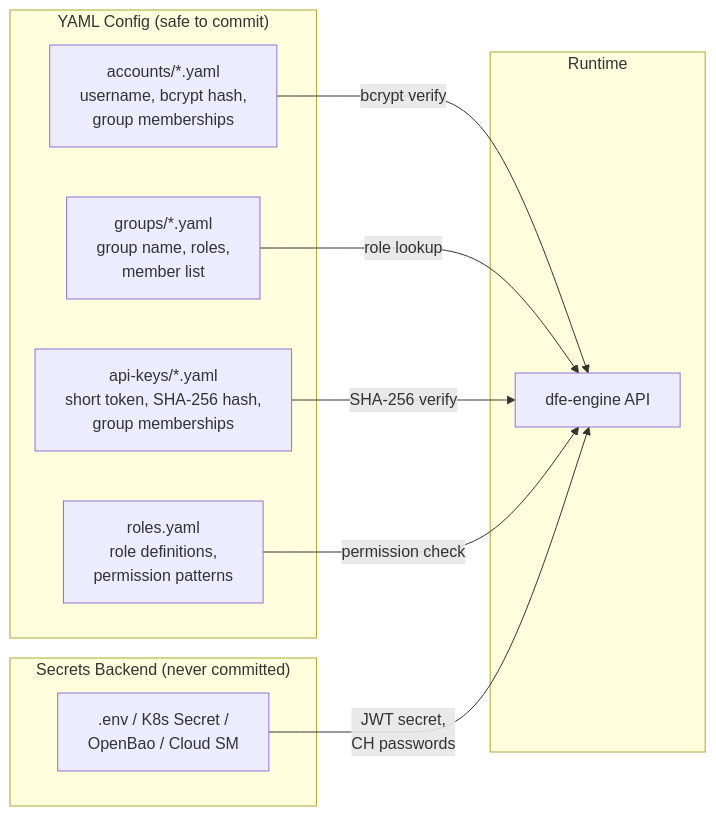
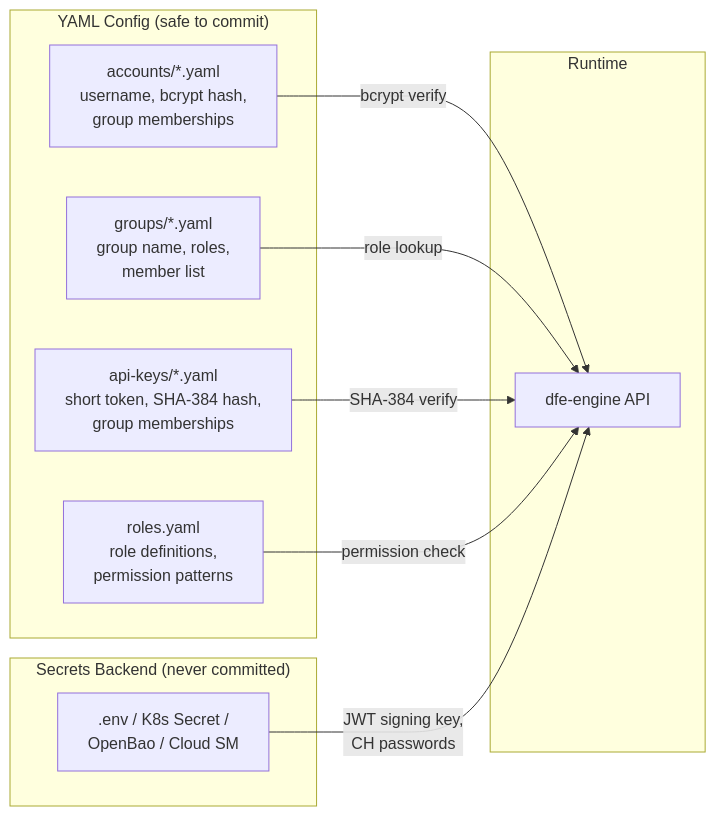
One commit to hyperi-io/dfe-engine changed the second of 11 diagrams in docs/control-plane/rbac.md. Above: the diagram before and after it, drawn with Mermaid. The commit also changed other lines of this file and 15 other files, not shown here.

````diff
--- a/docs/control-plane/rbac.md
+++ b/docs/control-plane/rbac.md
@@ -86,23 +90,23 @@
 ```mermaid
 flowchart LR
     subgraph "YAML Config (safe to commit)"
         ACC["accounts/*.yaml<br/>username, bcrypt hash,<br/>group memberships"]
         GRP["groups/*.yaml<br/>group name, roles,<br/>member list"]
-        KEY["api-keys/*.yaml<br/>short token, SHA-256 hash,<br/>group memberships"]
+        KEY["api-keys/*.yaml<br/>short token, SHA-384 hash,<br/>group memberships"]
         ROLES["roles.yaml<br/>role definitions,<br/>permission patterns"]
     end
 
     subgraph "Secrets Backend (never committed)"
         ENV[".env / K8s Secret /<br/>OpenBao / Cloud SM"]
     end
 
     subgraph "Runtime"
         API["dfe-engine API"]
     end
 
     ACC -->|bcrypt verify| API
     GRP -->|role lookup| API
-    KEY -->|SHA-256 verify| API
+    KEY -->|SHA-384 verify| API
     ROLES -->|permission check| API
-    ENV -->|JWT secret,<br/>CH passwords| API
+    ENV -->|JWT signing key,<br/>CH passwords| API
 ```
````
